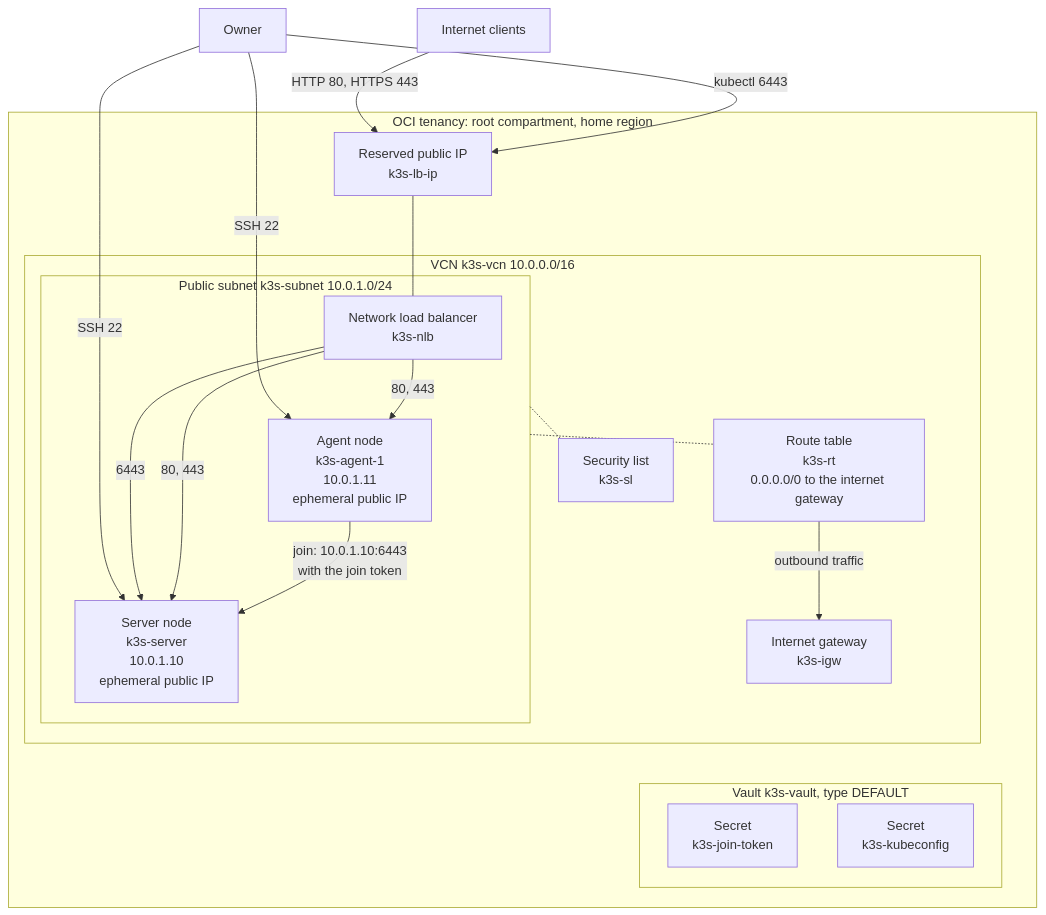
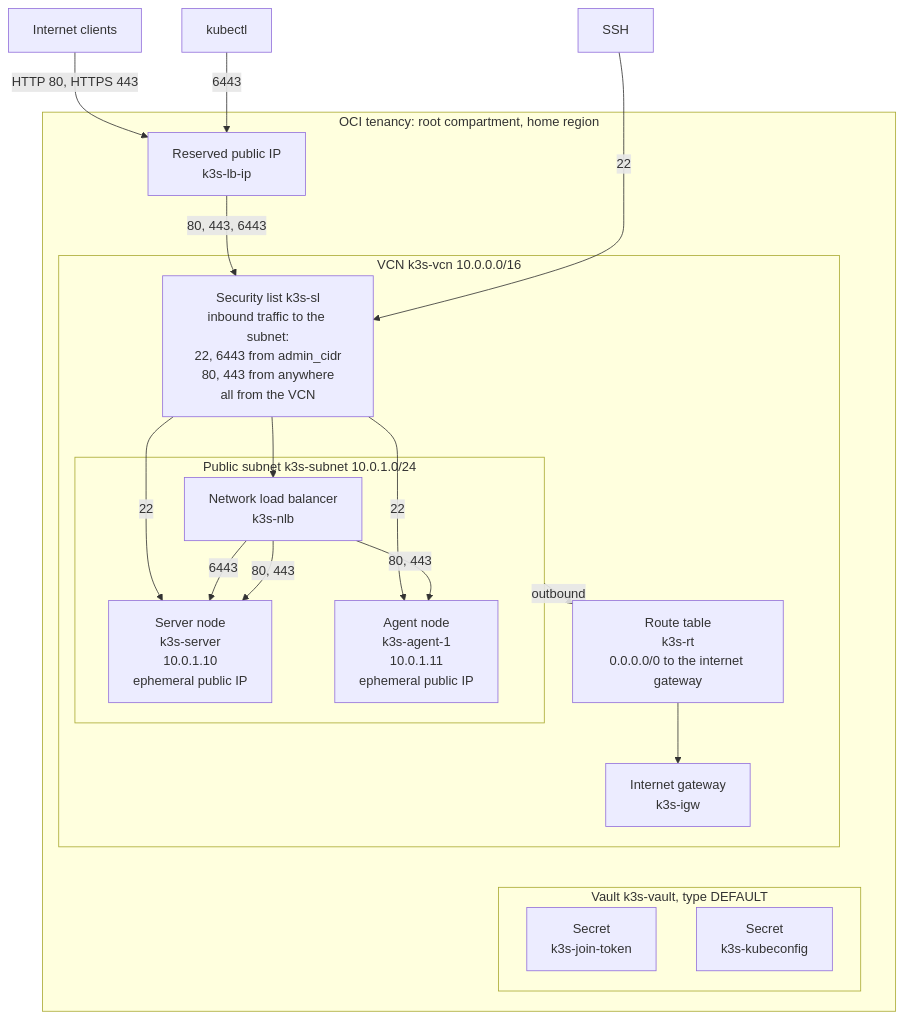
One commit to DeV1L/oracle-cloud-k3s changed the first of 2 diagrams in docs/ARCHITECTURE.md. Above: the diagram before and after it, drawn with Mermaid.

Commit message:
docs: network diagram

````diff
--- a/docs/ARCHITECTURE.md
+++ b/docs/ARCHITECTURE.md
@@ -9,39 +9,41 @@
 ```mermaid
 ---
 config:
   layout: dagre
 ---
 flowchart TB
     clients["Internet clients"]
-    owner["Owner"]
+    kubectl["kubectl"]
+    ssh["SSH"]
 
     subgraph oci["OCI tenancy: root compartment, home region"]
         lbip["Reserved public IP<br/>k3s-lb-ip"]
         subgraph vcn["VCN k3s-vcn 10.0.0.0/16"]
-            igw["Internet gateway<br/>k3s-igw"]
-            rt["Route table<br/>k3s-rt<br/>0.0.0.0/0 to the internet gateway"]
-            sl["Security list<br/>k3s-sl"]
+            sl["Security list k3s-sl<br/>inbound traffic to the subnet:<br/>22, 6443 from admin_cidr<br/>80, 443 from anywhere<br/>all from the VCN"]
             subgraph subnet["Public subnet k3s-subnet 10.0.1.0/24"]
                 nlb["Network load balancer<br/>k3s-nlb"]
                 server["Server node<br/>k3s-server<br/>10.0.1.10<br/>ephemeral public IP"]
                 agent["Agent node<br/>k3s-agent-1<br/>10.0.1.11<br/>ephemeral public IP"]
             end
+            rt["Route table<br/>k3s-rt<br/>0.0.0.0/0 to the internet gateway"]
+            igw["Internet gateway<br/>k3s-igw"]
         end
         subgraph vault["Vault k3s-vault, type DEFAULT"]
             tokensecret["Secret<br/>k3s-join-token"]
             kcsecret["Secret<br/>k3s-kubeconfig"]
         end
     end
 
     clients -- "HTTP 80, HTTPS 443" --> lbip
-    owner -- "kubectl 6443" --> lbip
-    owner -- "SSH 22" --> server & agent
-    lbip --- nlb
+    kubectl -- "6443" --> lbip
+    ssh ~~~ lbip
+    lbip -- "80, 443, 6443" --> sl
+    ssh -- "22" --> sl
+    sl --> nlb
+    sl -- "22" --> server & agent
     nlb -- "6443" --> server
     nlb -- "80, 443" --> server & agent
-    agent -- "join: 10.0.1.10:6443<br/>with the join token" --> server
-    subnet -.- rt
-    subnet -.- sl
-    rt -- "outbound traffic" --> igw
+    subnet -- "outbound" --> rt
+    rt --> igw
     igw ~~~ tokensecret & kcsecret
 ```
````
